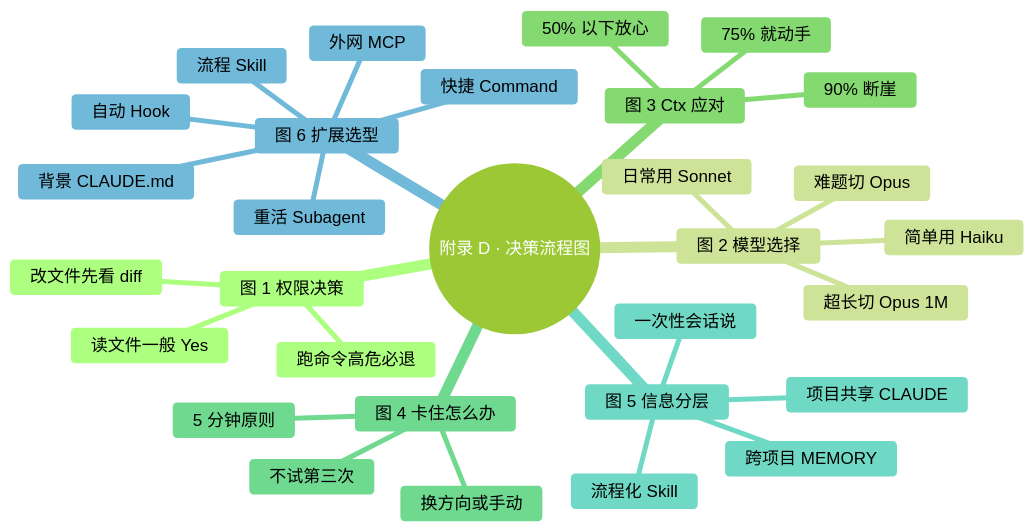
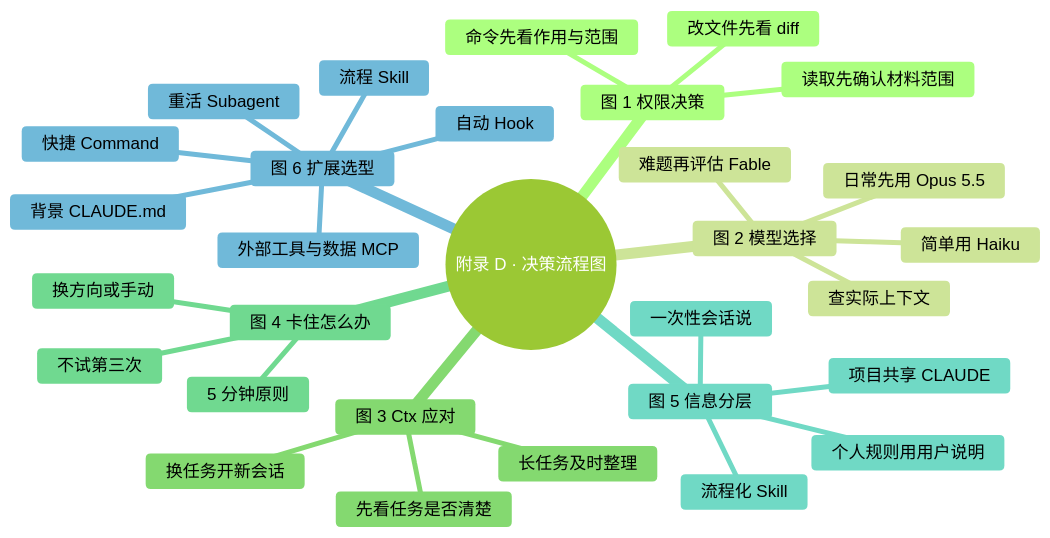
One commit to mali9527/claude-code-full-guide-for-beginners changed the first of 5 diagrams in manuscript/附录/D-决策流程图.md. Above: the diagram before and after it, drawn with Mermaid. The commit also changed other lines of this file and 130 other files, not shown here.

````diff
--- a/manuscript/附录/D-决策流程图.md
+++ b/manuscript/附录/D-决策流程图.md
@@ -8,42 +8,42 @@
 ```mermaid
 ---
 config:
   theme: forest
   themeVariables:
     fontFamily: "-apple-system, 'SF Pro Text', 'PingFang SC', 'Helvetica Neue', sans-serif"
     fontSize: "17px"
     lineColor: "#D9D9D9"
 ---
 mindmap
   root((附录 D · 决策流程图))
     图 1 权限决策
-      读文件一般 Yes
+      读取先确认材料范围
       改文件先看 diff
-      跑命令高危必退
+      命令先看作用与范围
     图 2 模型选择
       简单用 Haiku
-      日常用 Sonnet
-      难题切 Opus
-      超长切 Opus 1M
+      日常先用 Opus 5.5
+      难题再评估 Fable
+      查实际上下文
     图 3 Ctx 应对
-      50% 以下放心
-      75% 就动手
-      90% 断崖
+      先看任务是否清楚
+      长任务及时整理
+      换任务开新会话
     图 4 卡住怎么办
       5 分钟原则
       不试第三次
       换方向或手动
     图 5 信息分层
       一次性会话说
-      跨项目 MEMORY
+      个人规则用用户说明
       项目共享 CLAUDE
       流程化 Skill
     图 6 扩展选型
       背景 CLAUDE.md
       流程 Skill
       快捷 Command
       重活 Subagent
       自动 Hook
-      外网 MCP
+      外部工具与数据 MCP
 
 ```
````
